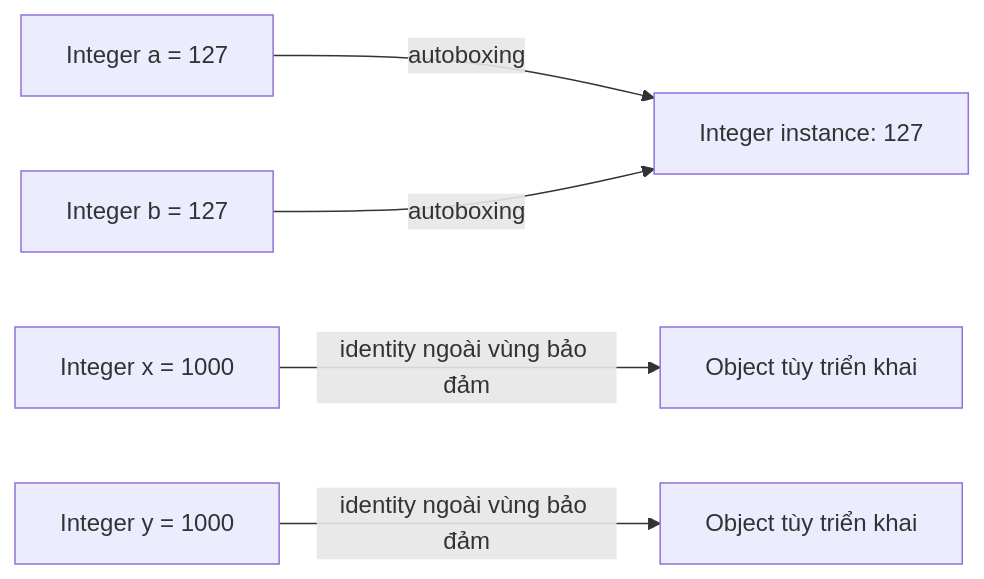
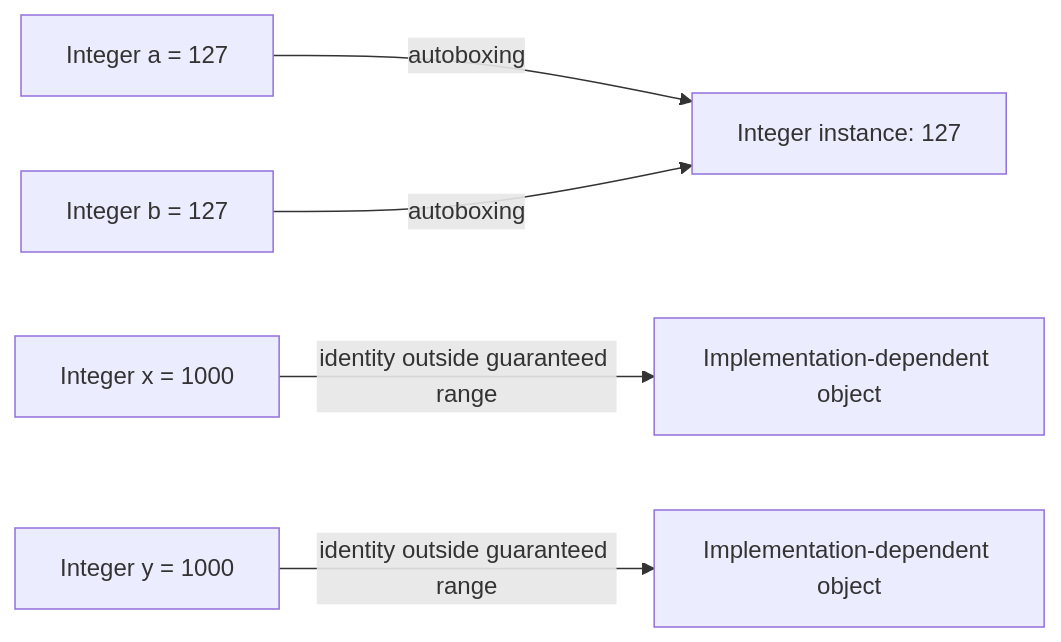
The diagram in module/platform/development/programming/language/java/core/language-basics/content/knowledge/en/11.primitive-wrappers/primitive-wrappers-005.md (phuongnguyenit93/learning-platform-data), drawn with Mermaid before and after one commit. The commit also changed other lines of this file and 2307 other files, not shown here.

```diff
--- a/module/platform/development/programming/language/java/core/language-basics/content/knowledge/en/11.primitive-wrappers/primitive-wrappers-005.md
+++ b/module/platform/development/programming/language/java/core/language-basics/content/knowledge/en/11.primitive-wrappers/primitive-wrappers-005.md
@@ -48,7 +48,7 @@
 ~~~mermaid
 flowchart LR
     A["Integer a = 127"] -->|"autoboxing"| C["Integer instance: 127"]
     B["Integer b = 127"] -->|"autoboxing"| C
-    X["Integer x = 1000"] -->|"identity ngoài vùng bảo đảm"| D["Object tùy triển khai"]
-    Y["Integer y = 1000"] -->|"identity ngoài vùng bảo đảm"| E["Object tùy triển khai"]
+    X["Integer x = 1000"] -->|"identity outside guaranteed range"| D["Implementation-dependent object"]
+    Y["Integer y = 1000"] -->|"identity outside guaranteed range"| E["Implementation-dependent object"]
 ~~~
```
